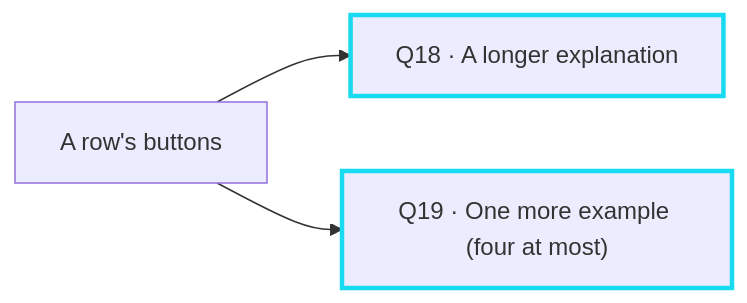
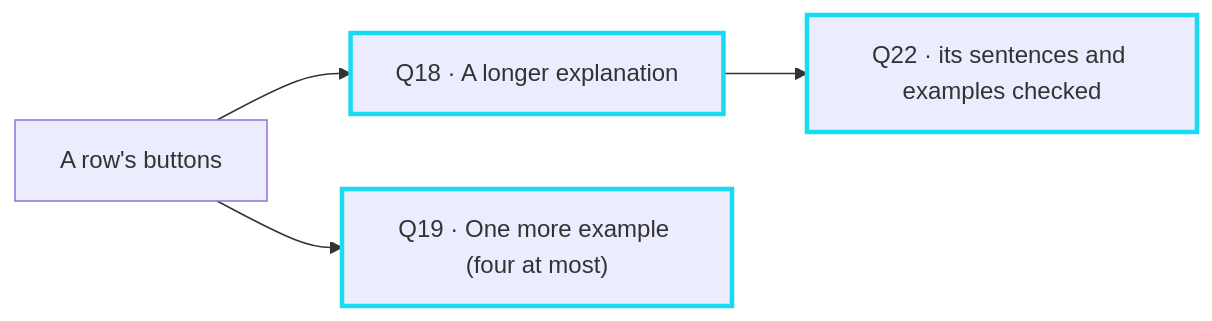
One commit to mdd335/triglosa changed the seventh of 8 diagrams in docs/behind-a-translation.md. Above: the diagram before and after it, drawn with Mermaid. The commit also changed other lines of this file and 118 other files, not shown here.

````diff
--- a/docs/behind-a-translation.md
+++ b/docs/behind-a-translation.md
@@ -248,8 +267,9 @@
 ```mermaid
 flowchart LR
   ROWS["A row's buttons"] --> Q18["Q18 · A longer explanation"]
+  Q18 --> Q22["Q22 · its sentences and examples checked"]
   ROWS --> Q19["Q19 · One more example (four at most)"]
 
   classDef model stroke:#18daf1,stroke-width:3px
-  class Q18,Q19 model
+  class Q18,Q22,Q19 model
 ```
````
